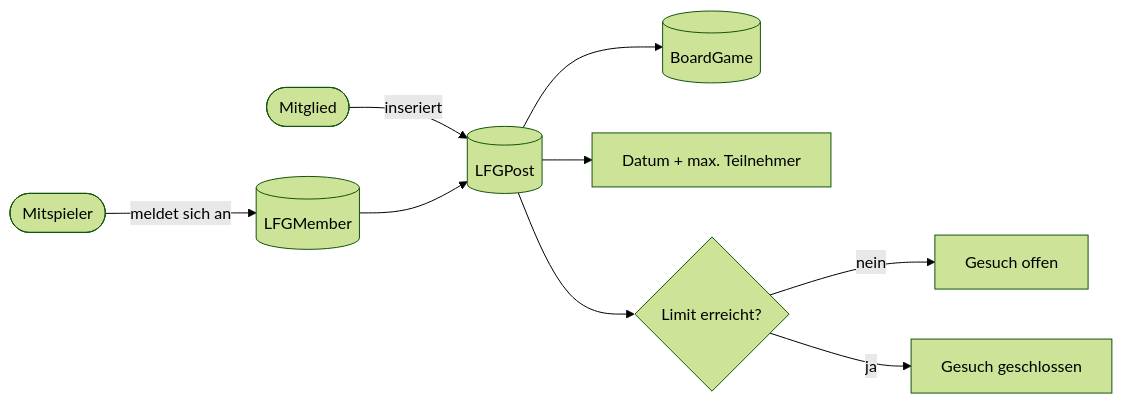
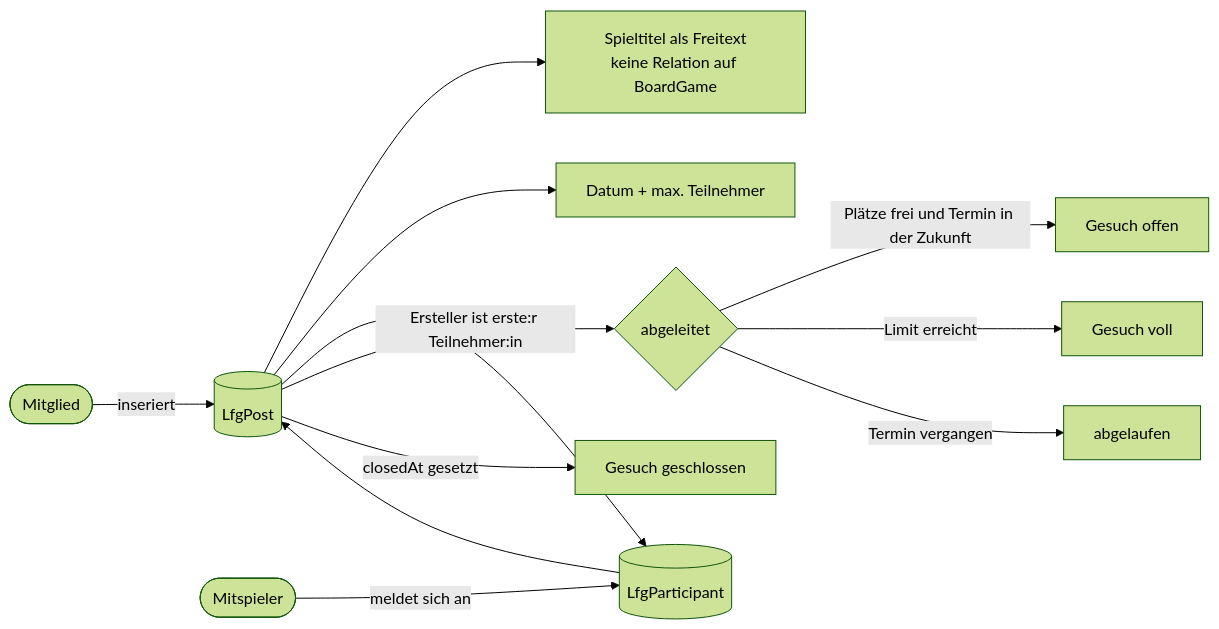
The sixth of 8 diagrams in docs/flow.md (oecher-meeples/portal), drawn with Mermaid (forest theme) before and after one commit. The commit also changed other lines of this file and 1 other file, not shown here.

Commit message:
docs: align data flow diagrams with the holding model

````diff
--- a/docs/flow.md
+++ b/docs/flow.md
@@ -151,13 +188,16 @@
 ```mermaid
 flowchart LR
-    M([Mitglied]) -->|inseriert| Post[(LFGPost)]
-    Post --> BG[(BoardGame)]
+    M([Mitglied]) -->|inseriert| Post[(LfgPost)]
+    Post --> Titel["Spieltitel als Freitext<br/>keine Relation auf BoardGame"]
     Post --> Meta[Datum + max. Teilnehmer]
+    Post -->|Ersteller ist erste:r Teilnehmer:in| LFGMem[(LfgParticipant)]
 
-    Other([Mitspieler]) -->|meldet sich an| LFGMem[(LFGMember)]
+    Other([Mitspieler]) -->|meldet sich an| LFGMem
     LFGMem --> Post
 
-    Post --> Full{Limit erreicht?}
-    Full -->|nein| Open[Gesuch offen]
-    Full -->|ja| Closed[Gesuch geschlossen]
+    Post --> Full{abgeleitet}
+    Full -->|Plätze frei und Termin in der Zukunft| Open[Gesuch offen]
+    Full -->|Limit erreicht| Voll[Gesuch voll]
+    Full -->|Termin vergangen| Abg[abgelaufen]
+    Post -->|closedAt gesetzt| Closed[Gesuch geschlossen]
 ```
````
